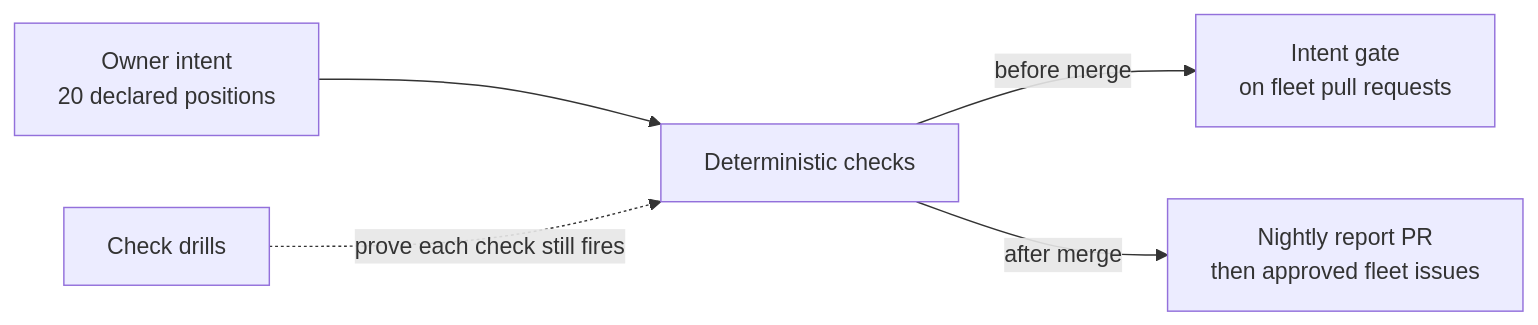
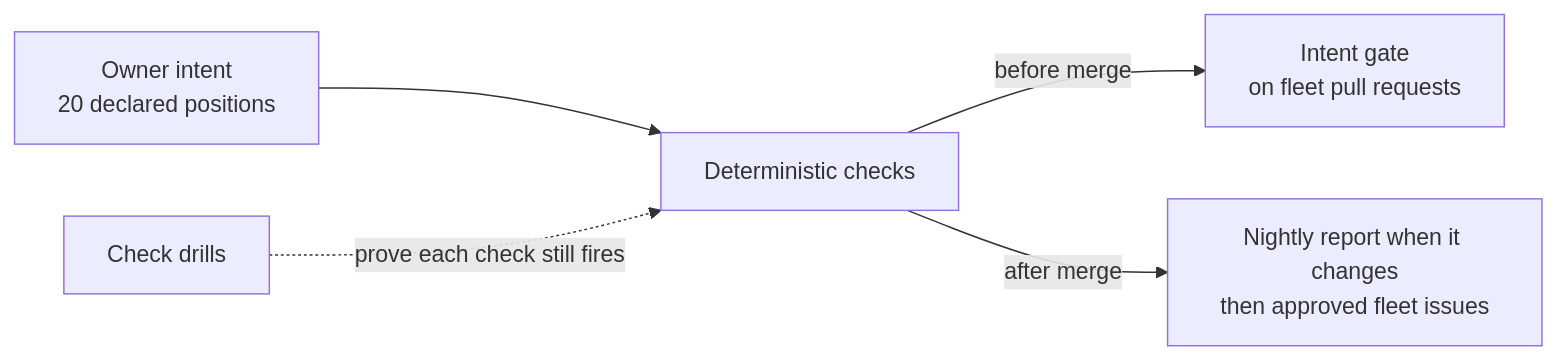
The diagram in README.md (ImranAdan/infra-fleet-advisor-public), drawn with Mermaid before and after one commit. The commit also changed other lines of this file, not shown here.

First line of the commit message:
docs: qualify the front page's rendering and nightly claims

````diff
--- a/README.md
+++ b/README.md
@@ -14,7 +14,7 @@
 ```mermaid
 flowchart LR
     Intent["Owner intent<br/>20 declared positions"] --> Checks["Deterministic checks"]
     Checks -->|before merge| Gate["Intent gate<br/>on fleet pull requests"]
-    Checks -->|after merge| Report["Nightly report PR<br/>then approved fleet issues"]
+    Checks -->|after merge| Report["Nightly report when it changes<br/>then approved fleet issues"]
     Drills["Check drills"] -.->|prove each check still fires| Checks
 ```
````
